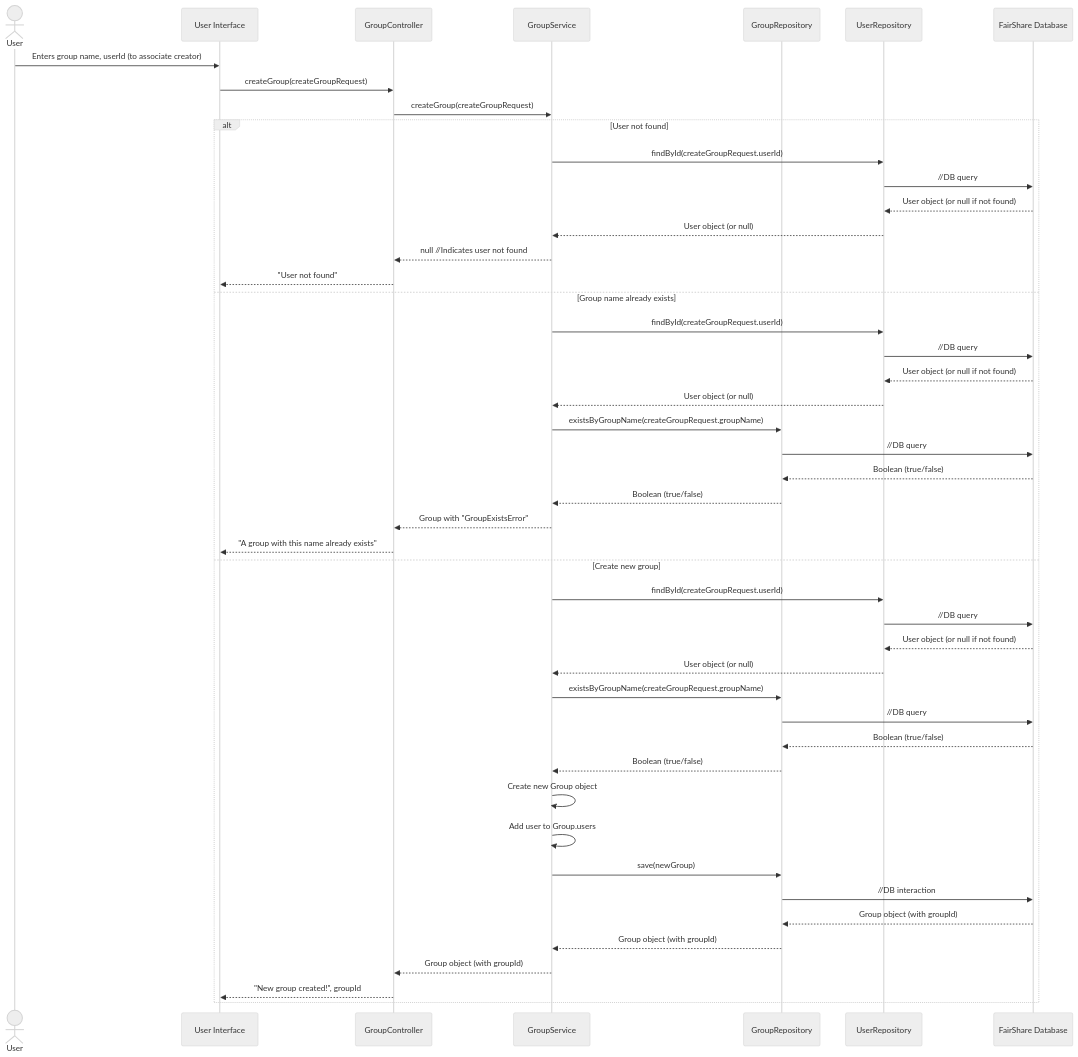
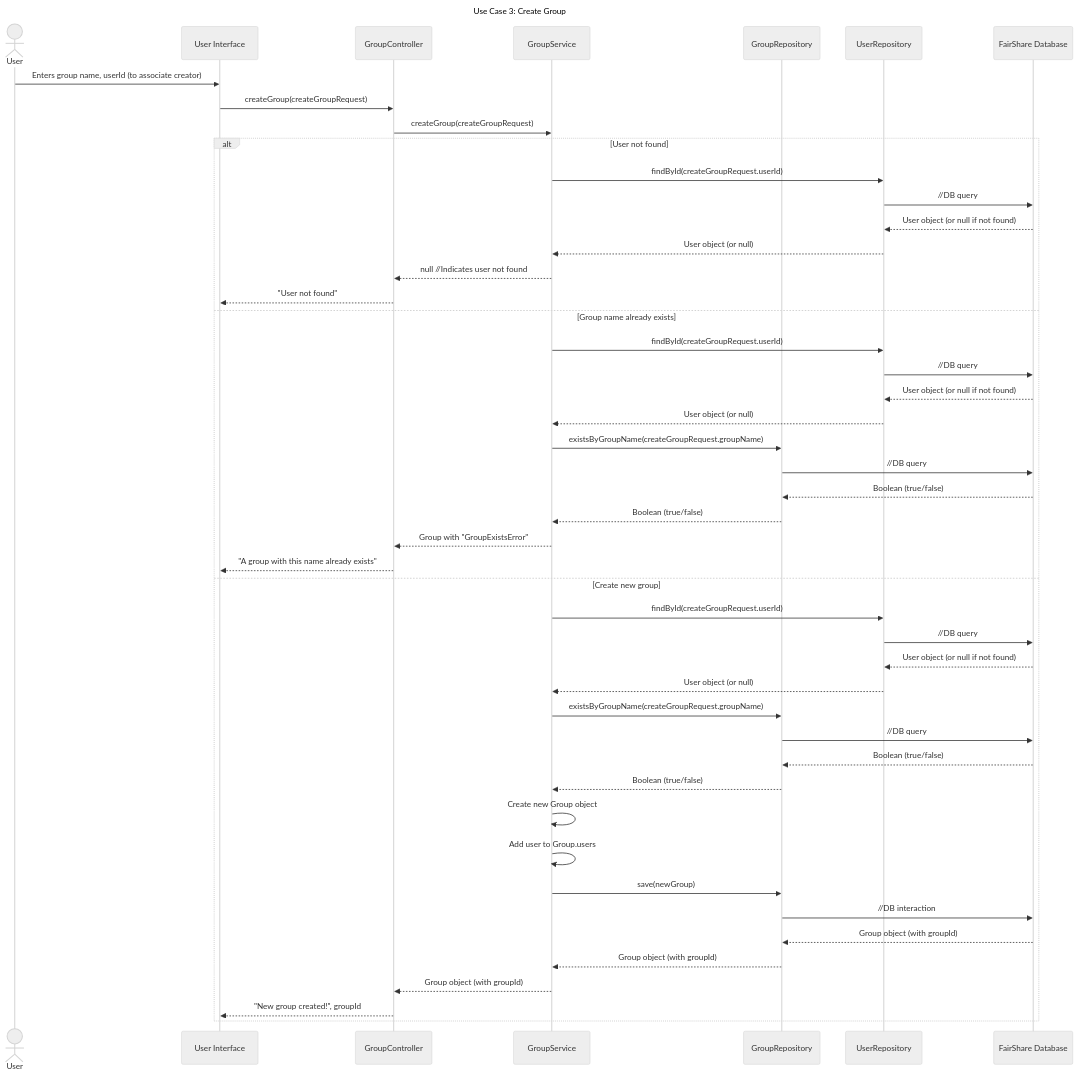
Before and after one commit to UniOfGreenwich/elee1149-coursework--team-chlk: the diagram in ArchitectureDiagrams/SequenceDiagrams/sequenceDiagram3.mmd, drawn with Mermaid (neutral theme). The commit also changed 1 other file, not shown here.

Commit message:
Added sequence diagram 4

```diff
--- a/ArchitectureDiagrams/SequenceDiagrams/sequenceDiagram3.mmd
+++ b/ArchitectureDiagrams/SequenceDiagrams/sequenceDiagram3.mmd
@@ -1,52 +1,53 @@
 ---
-## Sequence Diagram for user case 3: Create Group
+## Sequence Diagram for user case 3
 ---
 sequenceDiagram
+    title Use Case 3: Create Group
     actor User
 participant User Interface
 participant GroupController
 participant GroupService
 participant GroupRepository
 participant UserRepository
 participant FairShare Database
 
 User->>User Interface: Enters group name, userId (to associate creator)
 User Interface->>GroupController: createGroup(createGroupRequest)
 GroupController->>GroupService: createGroup(createGroupRequest)
 
 alt User not found
 GroupService->>UserRepository: findById(createGroupRequest.userId)
 UserRepository->>FairShare Database: //DB query
 FairShare Database-->>UserRepository: User object (or null if not found)
 UserRepository-->>GroupService: User object (or null)
 GroupService-->>GroupController: null //Indicates user not found
 GroupController-->>User Interface: "User not found"
 else Group name already exists
 GroupService->>UserRepository: findById(createGroupRequest.userId)
 UserRepository->>FairShare Database: //DB query
 FairShare Database-->>UserRepository: User object (or null if not found)
 UserRepository-->>GroupService: User object (or null)
 GroupService->>GroupRepository: existsByGroupName(createGroupRequest.groupName)
 GroupRepository->>FairShare Database: //DB query
 FairShare Database-->>GroupRepository: Boolean (true/false)
 GroupRepository-->>GroupService: Boolean (true/false)
 GroupService-->>GroupController: Group with "GroupExistsError"
 GroupController-->>User Interface: "A group with this name already exists"
 else Create new group
 GroupService->>UserRepository: findById(createGroupRequest.userId)
 UserRepository->>FairShare Database: //DB query
 FairShare Database-->>UserRepository: User object (or null if not found)
 UserRepository-->>GroupService: User object (or null)
 GroupService->>GroupRepository: existsByGroupName(createGroupRequest.groupName)
 GroupRepository->>FairShare Database: //DB query
 FairShare Database-->>GroupRepository: Boolean (true/false)
 GroupRepository-->>GroupService: Boolean (true/false)
 GroupService->>GroupService: Create new Group object
 GroupService->>GroupService: Add user to Group.users
 GroupService->>GroupRepository: save(newGroup)
 GroupRepository->>FairShare Database: //DB interaction
 FairShare Database-->>GroupRepository: Group object (with groupId)
 GroupRepository-->>GroupService: Group object (with groupId)
 GroupService-->>GroupController: Group object (with groupId)
 GroupController-->>User Interface: "New group created!", groupId
 end
```
